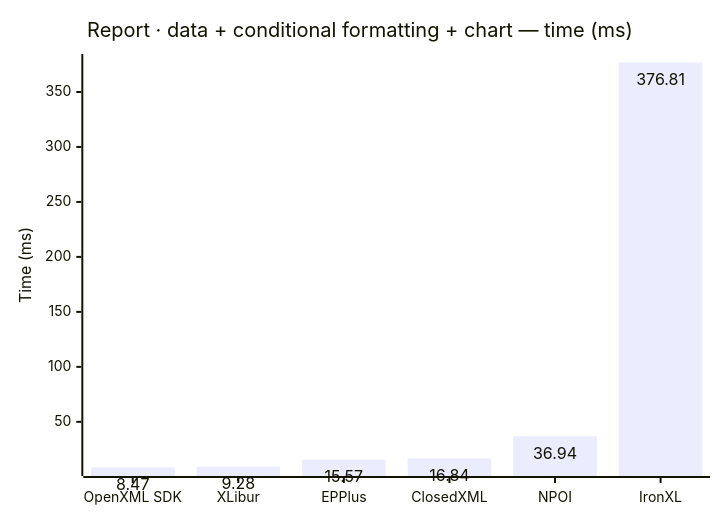
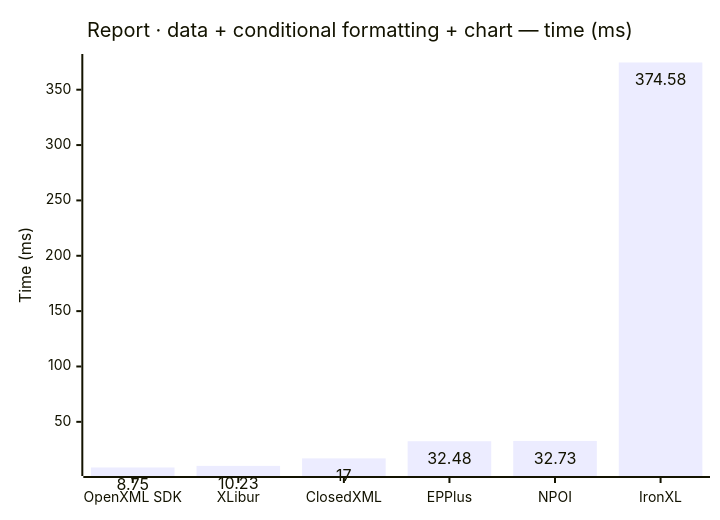
One commit to jafin/XLBench changed the seventh of 10 diagrams in docs/results.md. Above: the diagram before and after it, drawn with Mermaid. The commit also changed other lines of this file and 5 other files, not shown here.

````diff
--- a/docs/results.md
+++ b/docs/results.md
@@ -113,12 +113,12 @@
 ```mermaid
 ---
 config:
   xyChart:
     showDataLabel: true
 ---
 xychart-beta
     title "Report · data + conditional formatting + chart — time (ms)"
-    x-axis ["OpenXML SDK", "XLibur", "EPPlus", "ClosedXML", "NPOI", "IronXL"]
+    x-axis ["OpenXML SDK", "XLibur", "ClosedXML", "EPPlus", "NPOI", "IronXL"]
     y-axis "Time (ms)"
-    bar [8.47, 9.28, 15.57, 16.84, 36.94, 376.81]
+    bar [8.75, 10.23, 17, 32.48, 32.73, 374.58]
 ```
````
